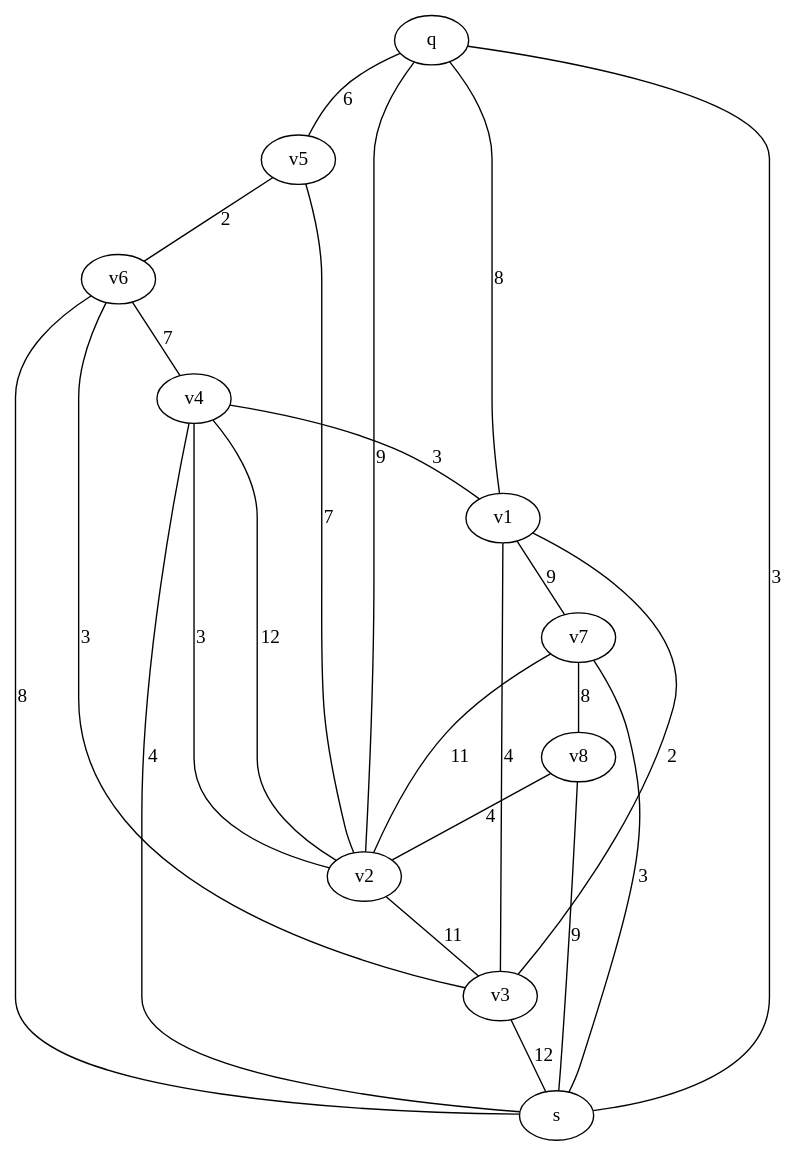
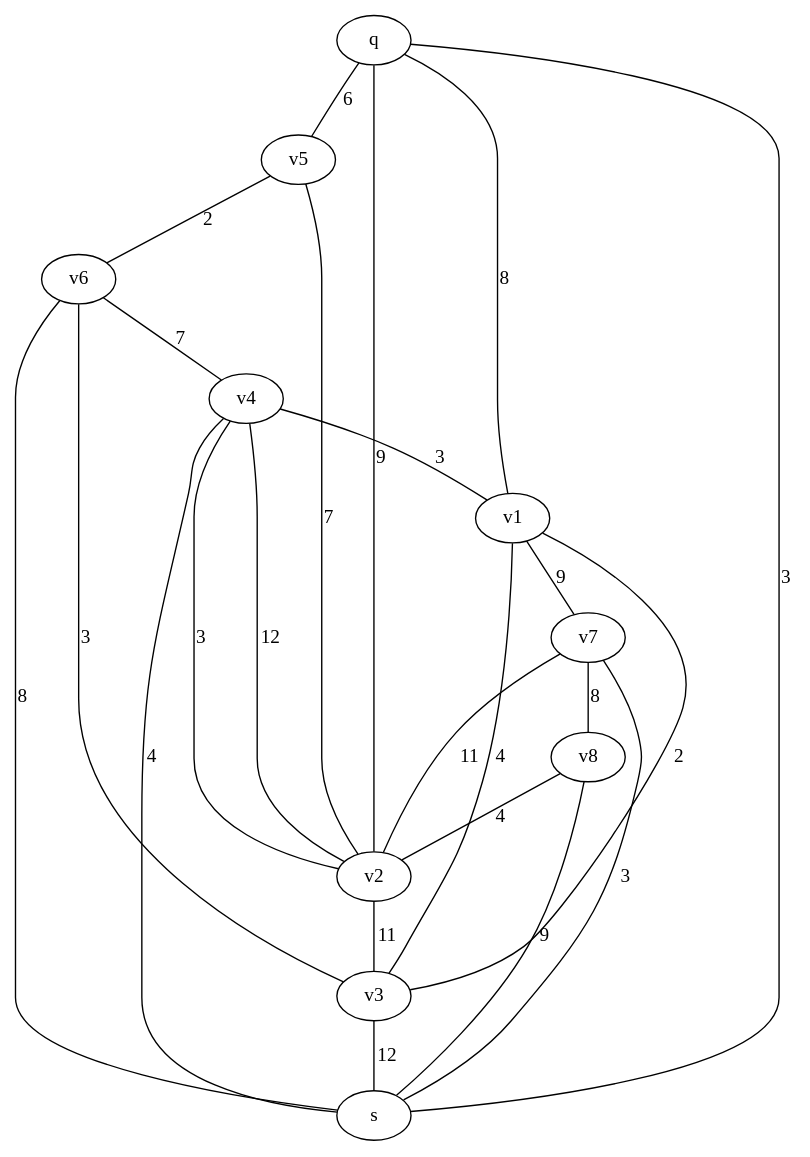
Before and after one commit to adrian-helberg/ws2018: the diagram in GKA/gkap/src/main/graphviz/graph07.dot, drawn with Graphviz. The commit also changed 25 other files, not shown here.

Commit message:
GKAP import graphs from dot files

```diff
--- a/GKA/gkap/src/main/graphviz/graph07.dot
+++ b/GKA/gkap/src/main/graphviz/graph07.dot
@@ -1,25 +1,25 @@
 graph {
-v4--s[label=4];
-v3--v1[label=2];
-v5--v6[label=2];
-q--s[label=3];
-v4--v1[label=3];
-v2--v4[label=3];
-v6--v3[label=3];
-v7--s[label=3];
-v1--v3[label=4];
-v8--v2[label=4];
-q--v5[label=6];
-v6--v4[label=7];
-v5--v2[label=7];
-q--v1[label=8];
-v6--s[label=8];
-v7--v8[label=8];
-q--v2[label=9];
-v8--s[label=9];
-v1--v7[label=9];
-v2--v3[label=11];
-v7--v2[label=11];
-v3--s[label=12];
-v4--v2[label=12];
+v4--s[label=4, weight=4];
+v3--v1[label=2, weight=2];
+v5--v6[label=2, weight=2];
+q--s[label=3, weight=3];
+v4--v1[label=3, weight=3];
+v2--v4[label=3, weight=3];
+v6--v3[label=3, weight=3];
+v7--s[label=3, weight=3];
+v1--v3[label=4, weight=4];
+v8--v2[label=4, weight=4];
+q--v5[label=6, weight=6];
+v6--v4[label=7, weight=7];
+v5--v2[label=7, weight=7];
+q--v1[label=8, weight=8];
+v6--s[label=8, weight=8];
+v7--v8[label=8, weight=8];
+q--v2[label=9, weight=9];
+v8--s[label=9, weight=9];
+v1--v7[label=9, weight=9];
+v2--v3[label=11, weight=11];
+v7--v2[label=11, weight=11];
+v3--s[label=12, weight=12];
+v4--v2[label=12, weight=12];
 }
```
